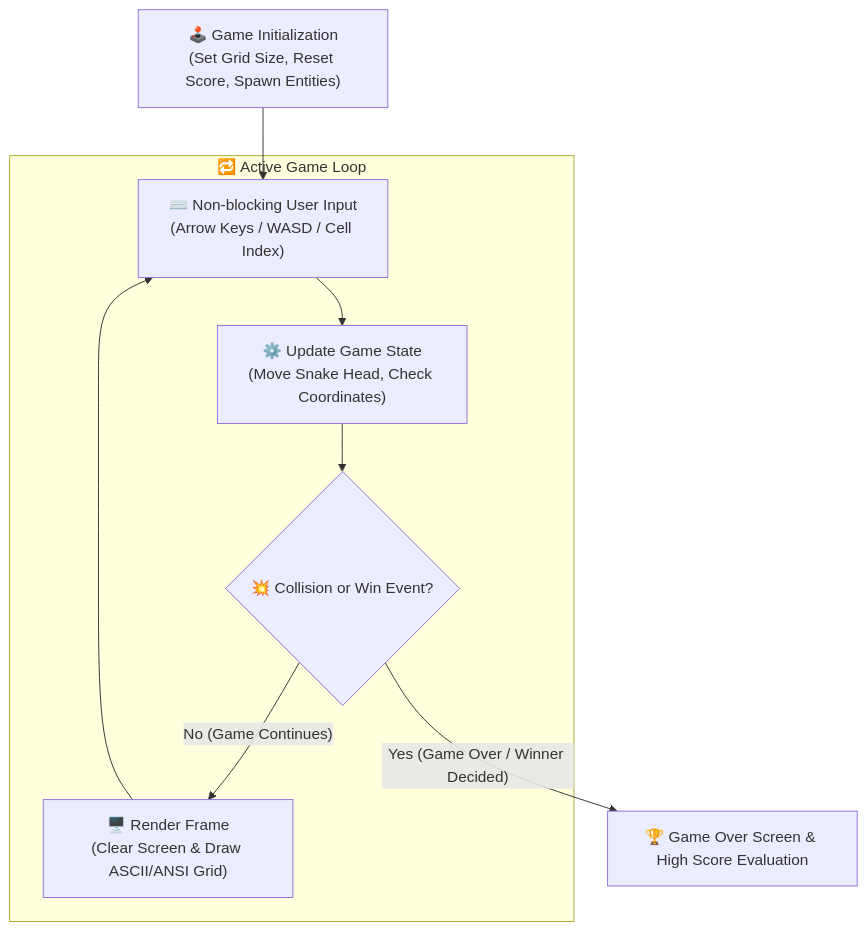
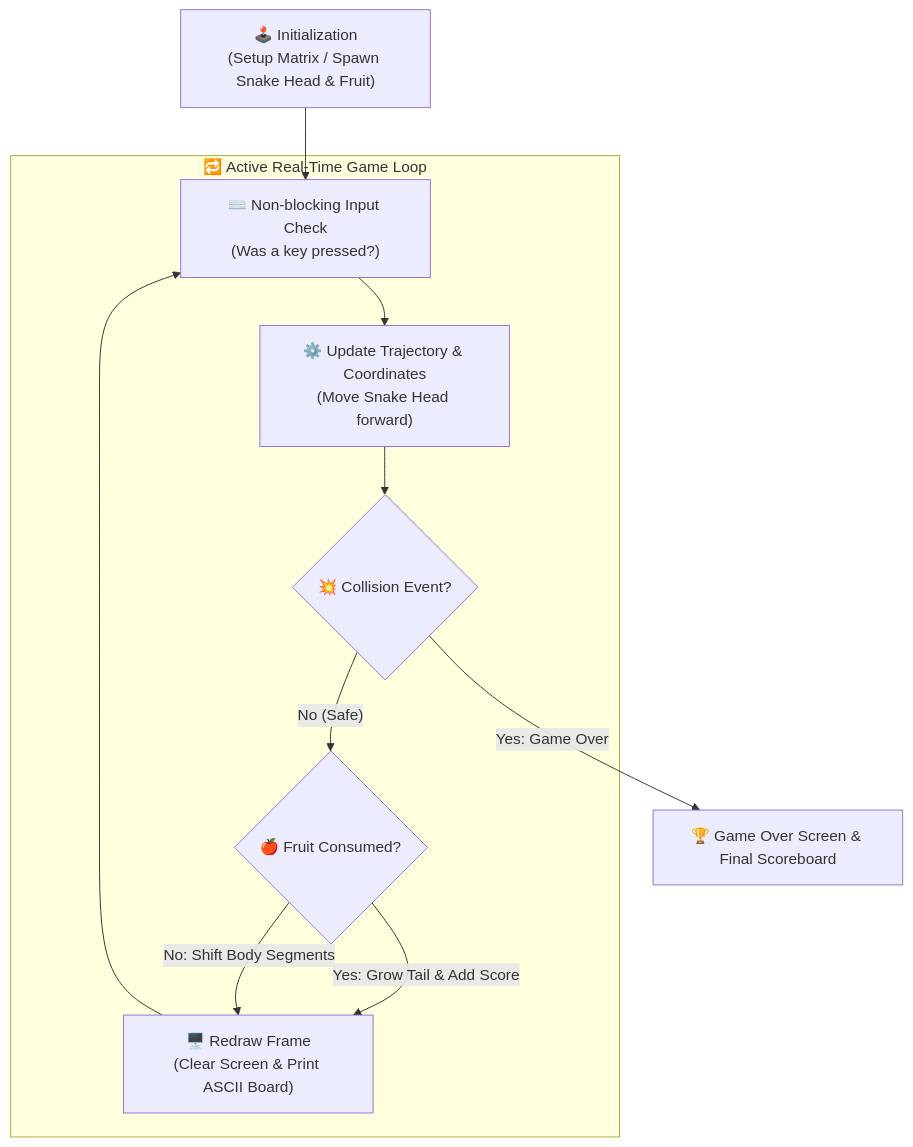
The diagram in README.md (MominRifat/Games_Project), drawn with Mermaid before and after one commit. The commit also changed other lines of this file, not shown here.

Commit message:
docs: enhance README with comprehensive tech stack, setup guide, and 2D/3D architecture

````diff
--- a/README.md
+++ b/README.md
@@ -44,18 +53,21 @@
 ```mermaid
 flowchart TD
-    Init["🕹️ Game Initialization<br/>(Set Grid Size, Reset Score, Spawn Entities)"] --> InputPhase
+    Init["🕹️ Initialization<br/>(Setup Matrix / Spawn Snake Head & Fruit)"] --> LoopStart
 
-    subgraph Loop["🔁 Active Game Loop"]
-        InputPhase["⌨️ Non-blocking User Input<br/>(Arrow Keys / WASD / Cell Index)"]
-        StateUpdate["⚙️ Update Game State<br/>(Move Snake Head, Check Coordinates)"]
-        CollisionCheck{"💥 Collision or Win Event?"}
-        RenderFrame["🖥️ Render Frame<br/>(Clear Screen & Draw ASCII/ANSI Grid)"]
+    subgraph Core_Loop["🔁 Active Real-Time Game Loop"]
+        LoopStart["⌨️ Non-blocking Input Check<br/>(Was a key pressed?)"]
+        Direction["⚙️ Update Trajectory & Coordinates<br/>(Move Snake Head forward)"]
+        CollisionCheck{"💥 Collision Event?"}
+        FruitCheck{"🍎 Fruit Consumed?"}
+        Render["🖥️ Redraw Frame<br/>(Clear Screen & Print ASCII Board)"]
         
-        InputPhase --> StateUpdate
-        StateUpdate --> CollisionCheck
-        CollisionCheck -- "No (Game Continues)" --> RenderFrame
-        RenderFrame --> InputPhase
+        LoopStart --> Direction
+        Direction --> CollisionCheck
+        CollisionCheck -- "No (Safe)" --> FruitCheck
+        FruitCheck -- "Yes: Grow Tail & Add Score" --> Render
+        FruitCheck -- "No: Shift Body Segments" --> Render
+        Render --> LoopStart
     end
 
-    CollisionCheck -- "Yes (Game Over / Winner Decided)" --> EndGame["🏆 Game Over Screen & High Score Evaluation"]
+    CollisionCheck -- "Yes: Game Over" --> EndGame["🏆 Game Over Screen & Final Scoreboard"]
 ```
````
